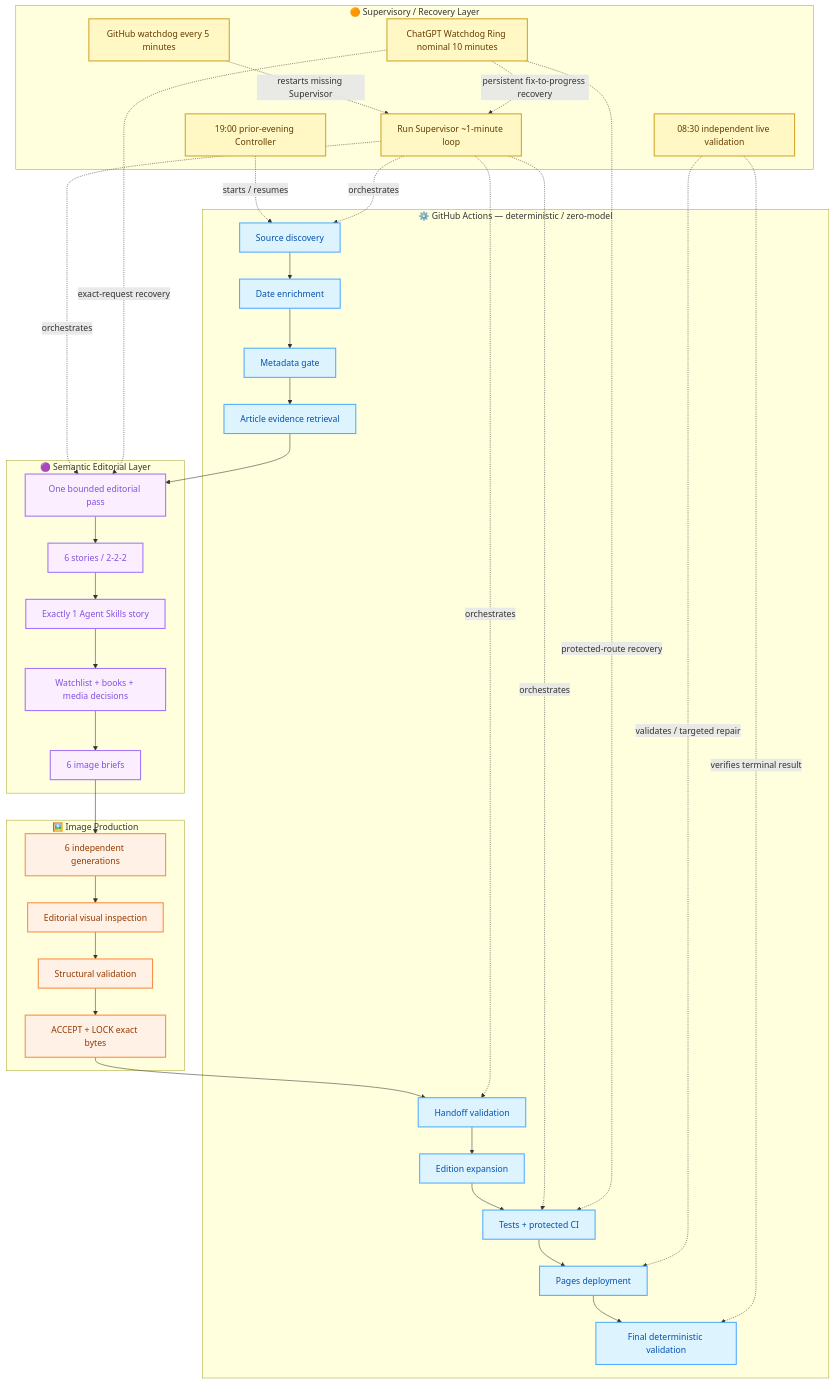
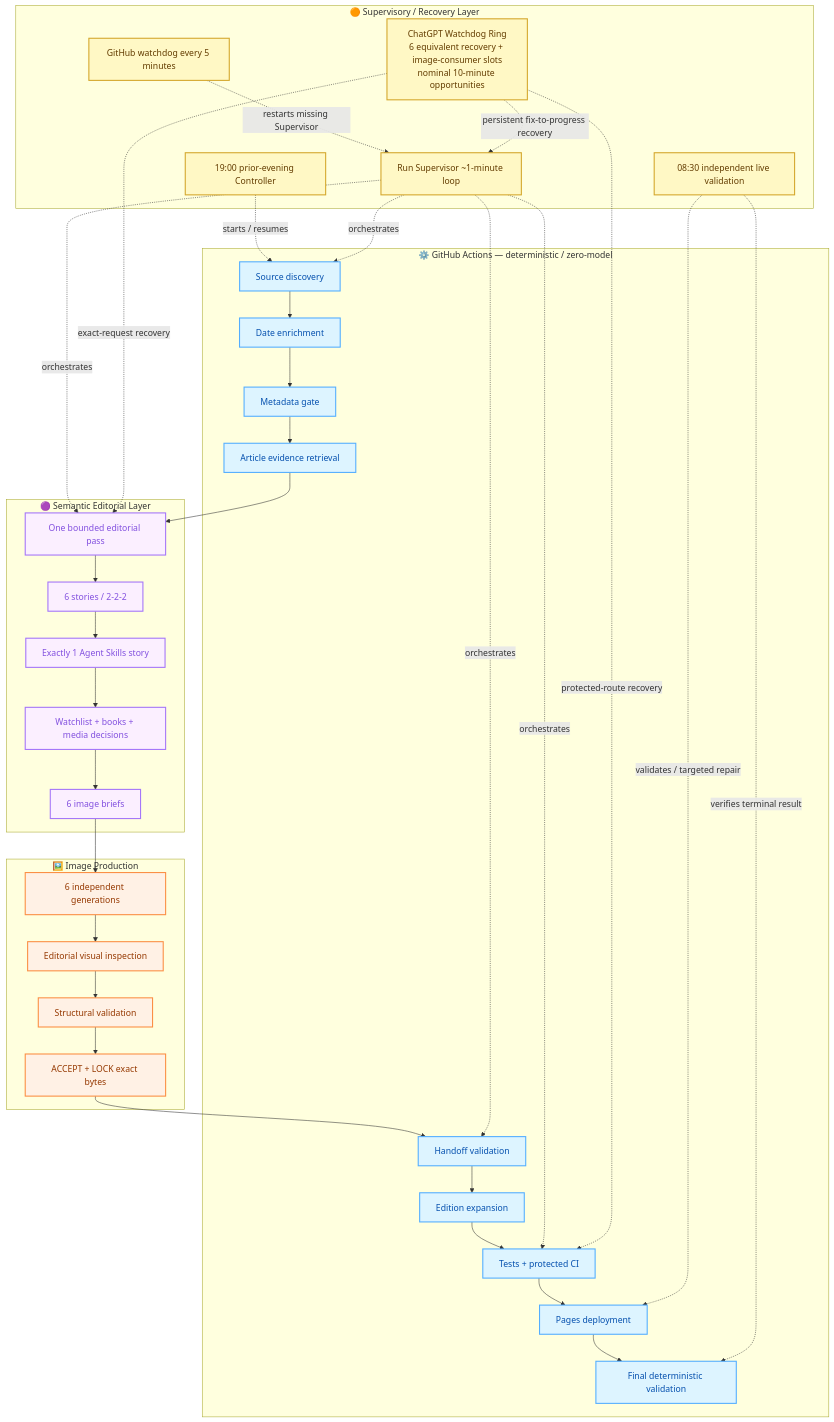
The third of 9 diagrams in docs/operations/LIVING-SYSTEM-OPERATIONS.md (gttome/Daily-AI-Brief), drawn with Mermaid before and after one commit. The commit also changed other lines of this file, not shown here.

Commit message:
Synchronize living operations with equivalent image consumers

````diff
--- a/docs/operations/LIVING-SYSTEM-OPERATIONS.md
+++ b/docs/operations/LIVING-SYSTEM-OPERATIONS.md
@@ -371,64 +371,64 @@
 ```mermaid
 flowchart TB
     subgraph GA["⚙️ GitHub Actions — deterministic / zero-model"]
       G1["Source discovery"]
       G2["Date enrichment"]
       G3["Metadata gate"]
       G4["Article evidence retrieval"]
       G5["Handoff validation"]
       G6["Edition expansion"]
       G7["Tests + protected CI"]
       G8["Pages deployment"]
       G9["Final deterministic validation"]
     end
 
     subgraph SEM["🟣 Semantic Editorial Layer"]
       S1["One bounded editorial pass"]
       S2["6 stories / 2-2-2"]
       S3["Exactly 1 Agent Skills story"]
       S4["Watchlist + books + media decisions"]
       S5["6 image briefs"]
     end
 
     subgraph IMG["🖼️ Image Production"]
       I1["6 independent generations"]
       I2["Editorial visual inspection"]
       I3["Structural validation"]
       I4["ACCEPT + LOCK exact bytes"]
     end
 
     subgraph SUP["🟠 Supervisory / Recovery Layer"]
       R1["19:00 prior-evening Controller"]
       R2["Run Supervisor ~1-minute loop"]
       R3["GitHub watchdog every 5 minutes"]
-      R4["ChatGPT Watchdog Ring nominal 10 minutes"]
+      R4["ChatGPT Watchdog Ring\n6 equivalent recovery + image-consumer slots\nnominal 10-minute opportunities"]
       R5["08:30 independent live validation"]
     end
 
     G1 --> G2 --> G3 --> G4 --> S1
     S1 --> S2 --> S3 --> S4 --> S5 --> I1
     I1 --> I2 --> I3 --> I4 --> G5
     G5 --> G6 --> G7 --> G8 --> G9
 
     R1 -. starts / resumes .-> G1
     R2 -. orchestrates .-> G1
     R2 -. orchestrates .-> S1
     R2 -. orchestrates .-> G5
     R2 -. orchestrates .-> G7
     R3 -. restarts missing Supervisor .-> R2
     R4 -. persistent fix-to-progress recovery .-> R2
     R4 -. exact-request recovery .-> S1
     R4 -. protected-route recovery .-> G7
     R5 -. validates / targeted repair .-> G8
     R5 -. verifies terminal result .-> G9
 
     classDef gh fill:#ddf4ff,color:#0550ae,stroke:#54aeff,stroke-width:2px;
     classDef sem fill:#fbefff,color:#8250df,stroke:#a475f9,stroke-width:2px;
     classDef img fill:#fff1e5,color:#953800,stroke:#fb8f44,stroke-width:2px;
     classDef sup fill:#fff8c5,color:#633c01,stroke:#d4a72c,stroke-width:2px;
 
     class G1,G2,G3,G4,G5,G6,G7,G8,G9 gh;
     class S1,S2,S3,S4,S5 sem;
     class I1,I2,I3,I4 img;
     class R1,R2,R3,R4,R5 sup;
 ```
````
